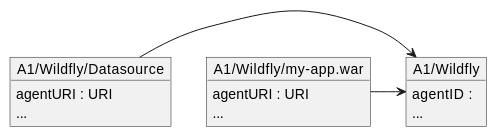
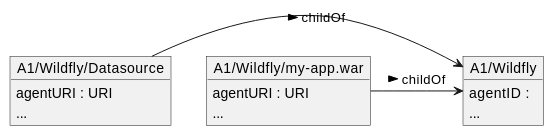
Before and after one commit to metlos/rhq.next-thoughts: the second of 11 diagrams in doc/architecture.adoc, drawn with PlantUML. The commit also changed other lines of this file, not shown here.

Commit message:
Updated the arch doc with discovery workflow

```diff
--- a/doc/architecture.adoc
+++ b/doc/architecture.adoc
@@ -191,22 +176,22 @@
-[plantuml, discovery-results-platform-agent]
+[plantuml, discovery-results-platform-agent1]
 ....
 
 object "A1/Wildfly" as pa1Wfly {
     agentID : 
     ...
 }
 
 object "A1/Wildfly/Datasource" as pa1DS {
     agentURI : URI
     ...
 }
 
 object "A1/Wildfly/my-app.war" as pa1War {
     agentURI : URI
     ...
 }
 
-pa1DS -> pa1Wfly
-pa1War -> pa1Wfly
+pa1DS -> pa1Wfly : childOf >
+pa1War -> pa1Wfly  : childOf >
 
 ....
```
